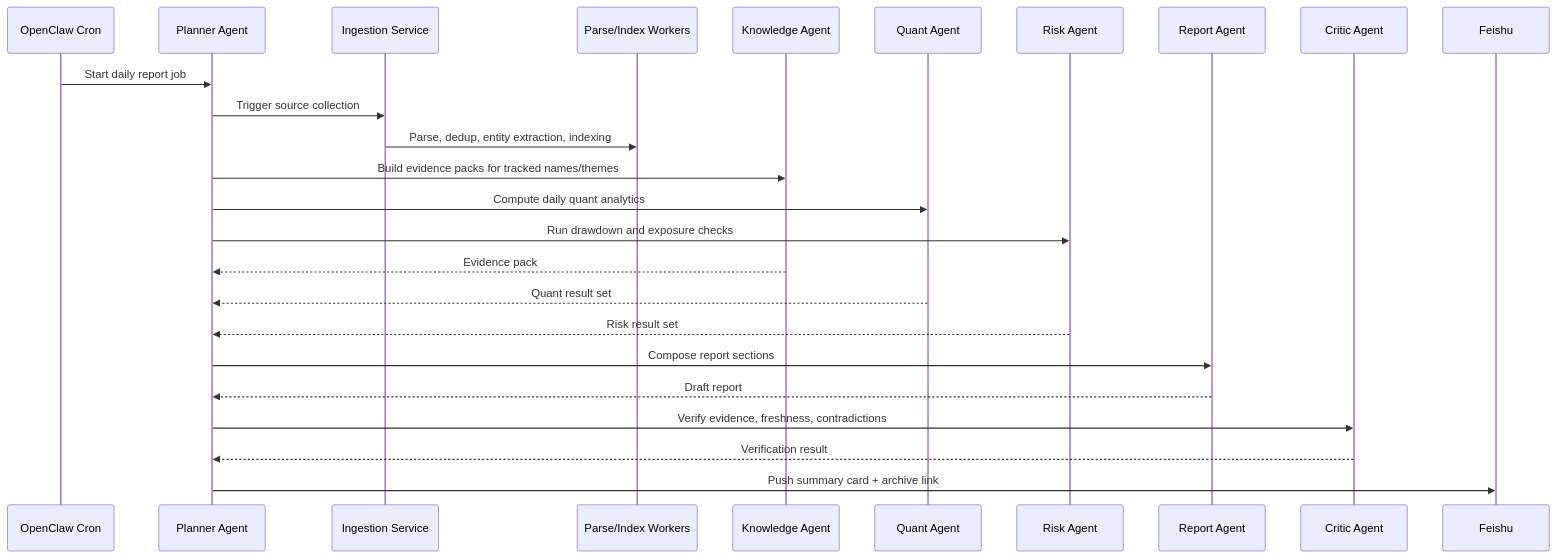
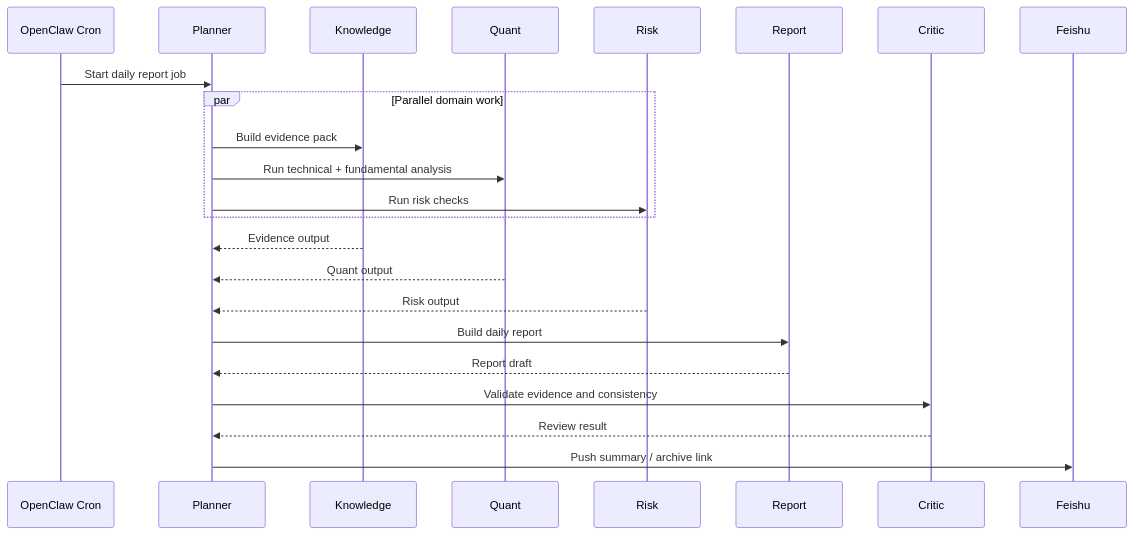
One commit to yuchangyuan1/openclaw-quant-agent changed the second of 3 diagrams in openclaw-multi-agent-architecture.md. Above: the diagram before and after it, drawn with Mermaid. The commit also changed other lines of this file and 13 other files, not shown here.

Commit message:
Update architecture and project documentation

````diff
--- a/openclaw-multi-agent-architecture.md
+++ b/openclaw-multi-agent-architecture.md
@@ -259,28 +241,26 @@
 ```mermaid
 sequenceDiagram
   participant C as OpenClaw Cron
-  participant P as Planner Agent
-  participant I as Ingestion Service
-  participant X as Parse/Index Workers
-  participant K as Knowledge Agent
-  participant Q as Quant Agent
-  participant R as Risk Agent
-  participant G as Report Agent
-  participant V as Critic Agent
+  participant P as Planner
+  participant K as Knowledge
+  participant Q as Quant
+  participant R as Risk
+  participant G as Report
+  participant V as Critic
   participant F as Feishu
 
   C->>P: Start daily report job
-  P->>I: Trigger source collection
-  I->>X: Parse, dedup, entity extraction, indexing
-  P->>K: Build evidence packs for tracked names/themes
-  P->>Q: Compute daily quant analytics
-  P->>R: Run drawdown and exposure checks
-  K-->>P: Evidence pack
-  Q-->>P: Quant result set
-  R-->>P: Risk result set
-  P->>G: Compose report sections
-  G-->>P: Draft report
-  P->>V: Verify evidence, freshness, contradictions
-  V-->>P: Verification result
-  P->>F: Push summary card + archive link
+  par Parallel domain work
+    P->>K: Build evidence pack
+    P->>Q: Run technical + fundamental analysis
+    P->>R: Run risk checks
+  end
+  K-->>P: Evidence output
+  Q-->>P: Quant output
+  R-->>P: Risk output
+  P->>G: Build daily report
+  G-->>P: Report draft
+  P->>V: Validate evidence and consistency
+  V-->>P: Review result
+  P->>F: Push summary / archive link
 ```
````
